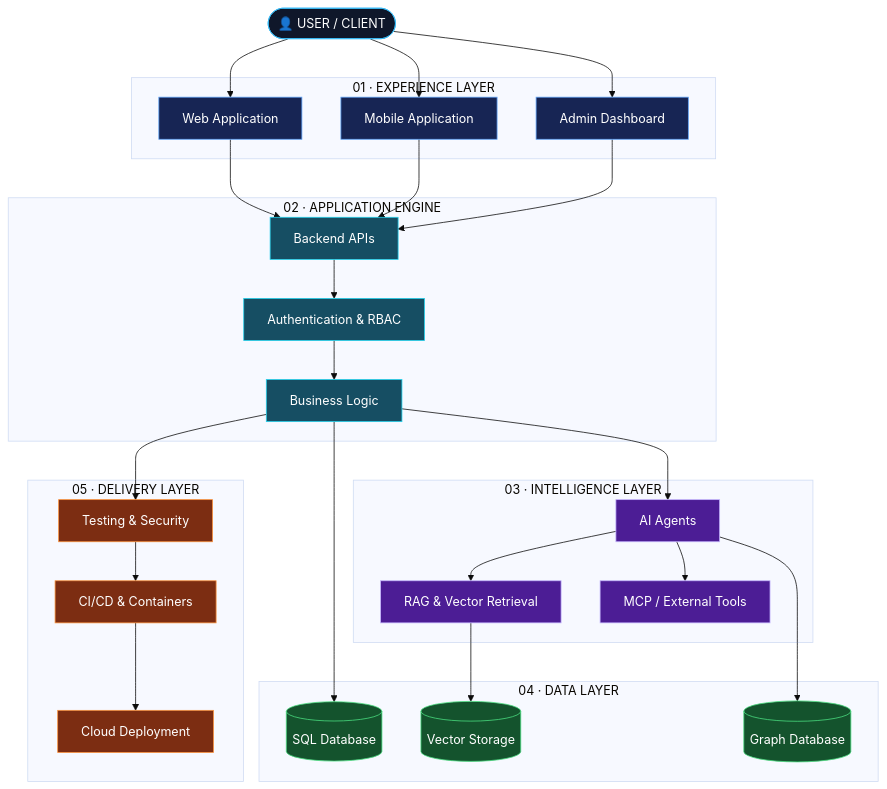
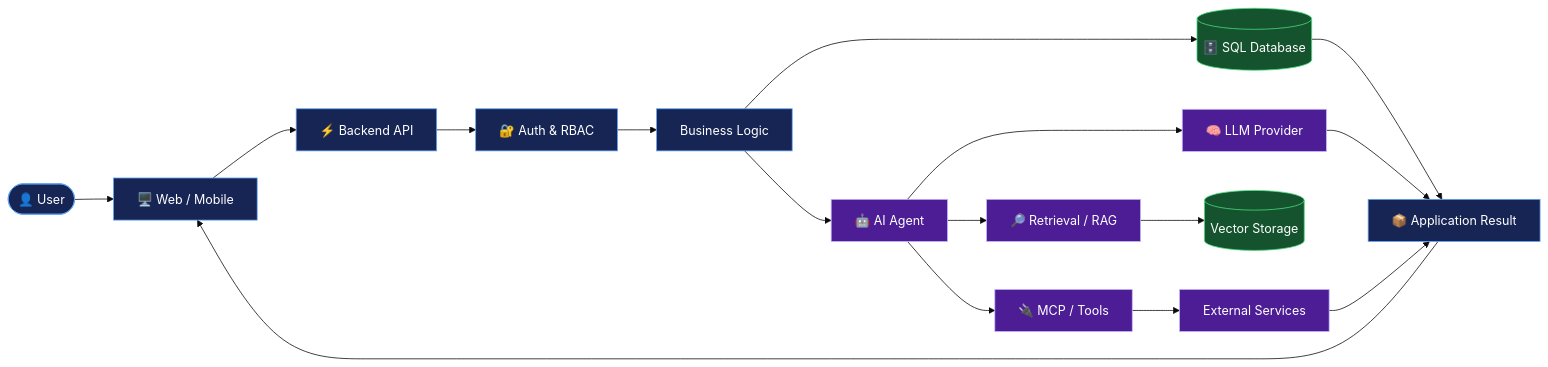
One commit to Aravindan-001/Aravindan-001 changed the second of 2 diagrams in README.md. Above: the diagram before and after it, drawn with Mermaid (base theme). The commit also changed other lines of this file, not shown here.

````diff
--- a/README.md
+++ b/README.md
@@ -123,68 +347,30 @@
 ```mermaid
-flowchart TB
-    USER(["👤 USER / CLIENT"])
+flowchart LR
+    U(["👤 User"]) --> UI["🖥️ Web / Mobile"]
+    UI --> API["⚡ Backend API"]
+    API --> AUTH["🔐 Auth & RBAC"]
+    AUTH --> LOGIC["Business Logic"]
 
-    subgraph EXPERIENCE["01 · EXPERIENCE LAYER"]
-        WEB["Web Application"]
-        MOBILE["Mobile Application"]
-        ADMIN["Admin Dashboard"]
-    end
+    LOGIC --> DB[("🗄️ SQL Database")]
+    LOGIC --> AGENT["🤖 AI Agent"]
 
-    subgraph ENGINE["02 · APPLICATION ENGINE"]
-        API["Backend APIs"]
-        AUTH["Authentication & RBAC"]
-        LOGIC["Business Logic"]
-    end
+    AGENT --> RAG["🔎 Retrieval / RAG"]
+    AGENT --> TOOLS["🔌 MCP / Tools"]
+    AGENT --> LLM["🧠 LLM Provider"]
 
-    subgraph INTELLIGENCE["03 · INTELLIGENCE LAYER"]
-        AGENT["AI Agents"]
-        RAG["RAG & Vector Retrieval"]
-        MCP["MCP / External Tools"]
-    end
+    RAG --> VECTOR[("Vector Storage")]
+    TOOLS --> EXT["External Services"]
 
-    subgraph DATA["04 · DATA LAYER"]
-        SQL[("SQL Database")]
-        VECTOR[("Vector Storage")]
-        GRAPH[("Graph Database")]
-    end
+    DB --> RESULT["📦 Application Result"]
+    LLM --> RESULT
+    EXT --> RESULT
+    RESULT --> UI
 
-    subgraph DELIVERY["05 · DELIVERY LAYER"]
-        TEST["Testing & Security"]
-        CI["CI/CD & Containers"]
-        CLOUD["Cloud Deployment"]
-    end
-
-    USER --> WEB
-    USER --> MOBILE
-    USER --> ADMIN
-
-    WEB --> API
-    MOBILE --> API
-    ADMIN --> API
-
-    API --> AUTH --> LOGIC
-    LOGIC --> SQL
-    LOGIC --> AGENT
-
-    AGENT --> RAG
-    AGENT --> MCP
-    RAG --> VECTOR
-    AGENT --> GRAPH
-
-    LOGIC --> TEST
-    TEST --> CI --> CLOUD
-
-    classDef user fill:#0F172A,stroke:#38BDF8,color:#FFFFFF
-    classDef experience fill:#172554,stroke:#60A5FA,color:#FFFFFF
-    classDef backend fill:#164E63,stroke:#22D3EE,color:#FFFFFF
+    classDef app fill:#172554,stroke:#60A5FA,color:#FFFFFF
     classDef ai fill:#4C1D95,stroke:#C4B5FD,color:#FFFFFF
     classDef data fill:#14532D,stroke:#4ADE80,color:#FFFFFF
-    classDef delivery fill:#7C2D12,stroke:#FB923C,color:#FFFFFF
 
-    class USER user
-    class WEB,MOBILE,ADMIN experience
-    class API,AUTH,LOGIC backend
-    class AGENT,RAG,MCP ai
-    class SQL,VECTOR,GRAPH data
-    class TEST,CI,CLOUD delivery
+    class U,UI,API,AUTH,LOGIC,RESULT app
+    class AGENT,RAG,TOOLS,LLM,EXT ai
+    class DB,VECTOR data
 ```
````
